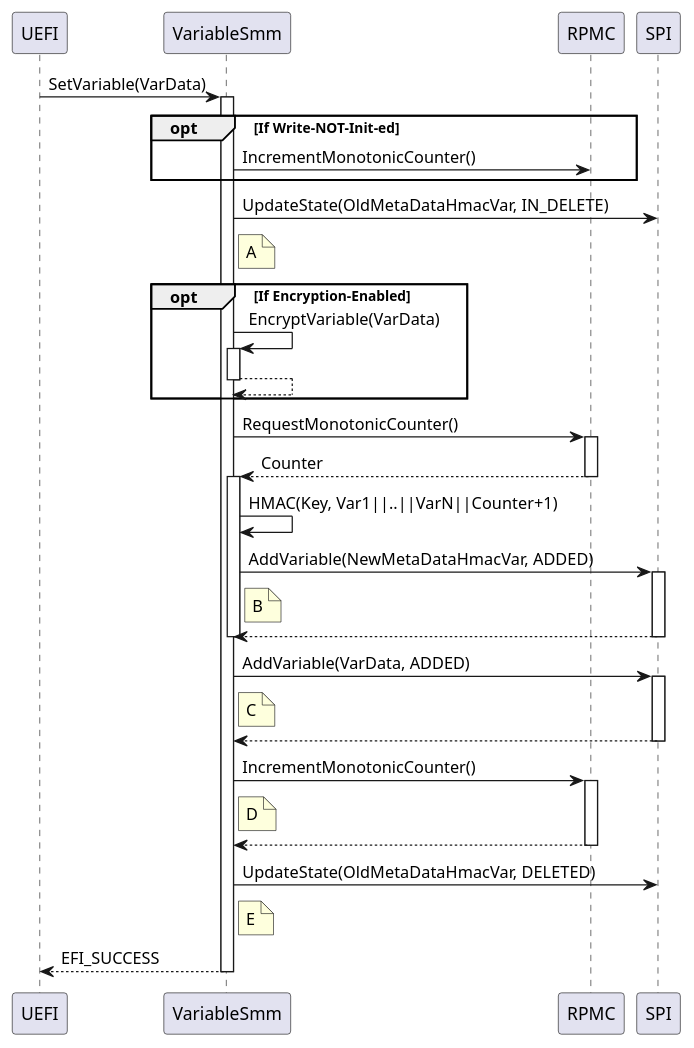
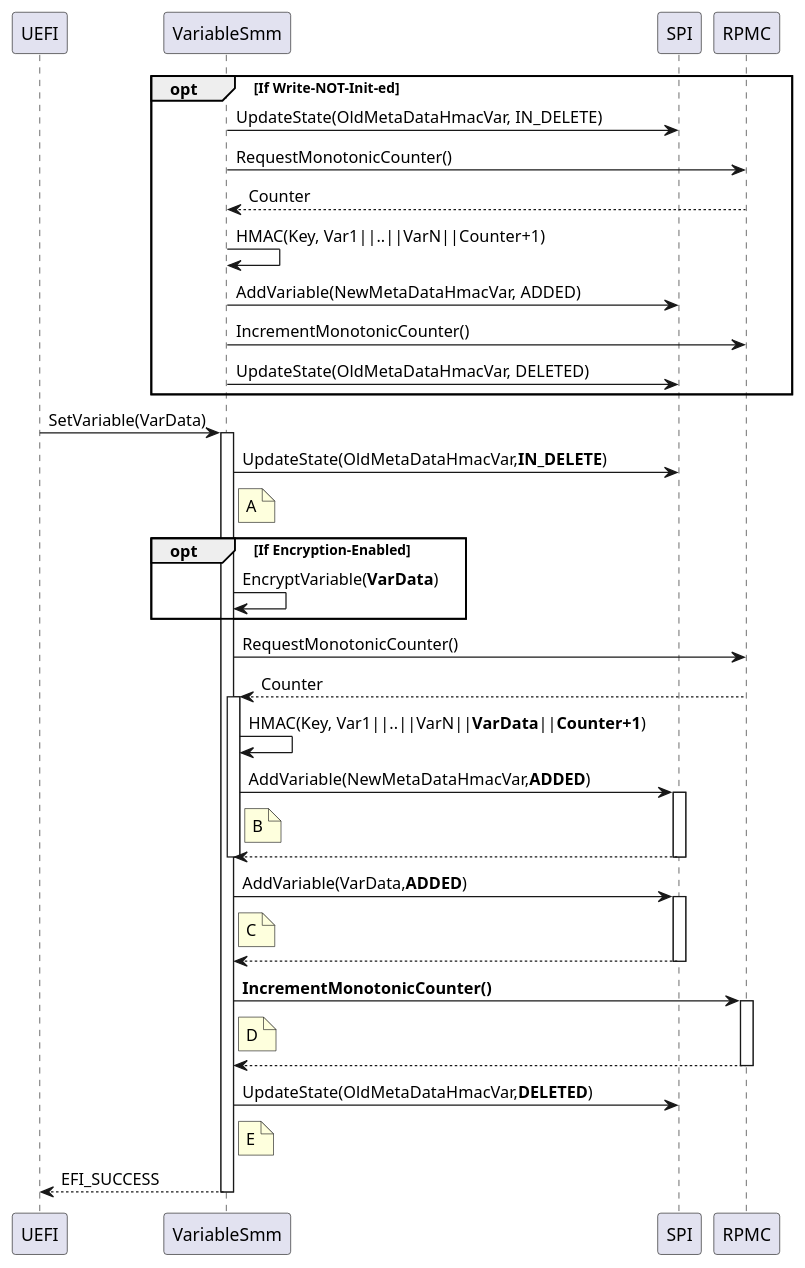
One commit to ucsb-seclab/harden-HBFA changed the diagram in SetVariable.puml. Above: the diagram before and after it, drawn with PlantUML.

Commit message:
ProtectedVariableLib: fix a process error in rpmc counter

```diff
--- a/SetVariable.puml
+++ b/SetVariable.puml
@@ -1,38 +1,48 @@
 @startuml SetVariable Flow
+participant UEFI
+participant VariableSmm
+participant SPI
+participant RPMC
+
+  opt If Write-NOT-Init-ed
+    VariableSmm -> SPI : UpdateState(OldMetaDataHmacVar, IN_DELETE)
+    VariableSmm -> RPMC : RequestMonotonicCounter()
+    RPMC --> VariableSmm : Counter
+    VariableSmm -> VariableSmm : HMAC(Key, Var1||..||VarN||Counter+1)
+    VariableSmm -> SPI : AddVariable(NewMetaDataHmacVar, ADDED)
+    VariableSmm -> RPMC : IncrementMonotonicCounter()
+    VariableSmm -> SPI : UpdateState(OldMetaDataHmacVar, DELETED)
+  end
+
   UEFI -> VariableSmm ++ : SetVariable(VarData)
 
-  opt If Write-NOT-Init-ed
-    VariableSmm -> RPMC : IncrementMonotonicCounter()
-  end
-
-  VariableSmm -> SPI : UpdateState(OldMetaDataHmacVar, IN_DELETE)
+  VariableSmm -> SPI : UpdateState(OldMetaDataHmacVar,**IN_DELETE**)
   note right of VariableSmm : A
 
   opt If Encryption-Enabled
-    VariableSmm -> VariableSmm ++ : EncryptVariable(VarData)
-    return
+    VariableSmm -> VariableSmm : EncryptVariable(**VarData**)
   end
 
-  VariableSmm -> RPMC ++ : RequestMonotonicCounter()
-  return Counter
+  VariableSmm -> RPMC : RequestMonotonicCounter()
+  RPMC --> VariableSmm : Counter
 
   activate VariableSmm
-  VariableSmm -> VariableSmm : HMAC(Key, Var1||..||VarN||Counter+1)
-  VariableSmm -> SPI ++ : AddVariable(NewMetaDataHmacVar, ADDED)
+  VariableSmm -> VariableSmm : HMAC(Key, Var1||..||VarN||**VarData**||**Counter+1**)
+  VariableSmm -> SPI ++ : AddVariable(NewMetaDataHmacVar,**ADDED**)
   note right of VariableSmm : B
   return
   deactivate VariableSmm
 
-  VariableSmm -> SPI ++ : AddVariable(VarData, ADDED)
+  VariableSmm -> SPI ++ : AddVariable(VarData,**ADDED**)
   note right of VariableSmm : C
   return
 
-  VariableSmm -> RPMC ++ : IncrementMonotonicCounter()
+  VariableSmm -> RPMC ++ : **IncrementMonotonicCounter()**
   note right of VariableSmm : D
   return
 
-  VariableSmm -> SPI : UpdateState(OldMetaDataHmacVar, DELETED)
+  VariableSmm -> SPI : UpdateState(OldMetaDataHmacVar,**DELETED**)
   note right of VariableSmm : E
 
   return EFI_SUCCESS
 @enduml
```
